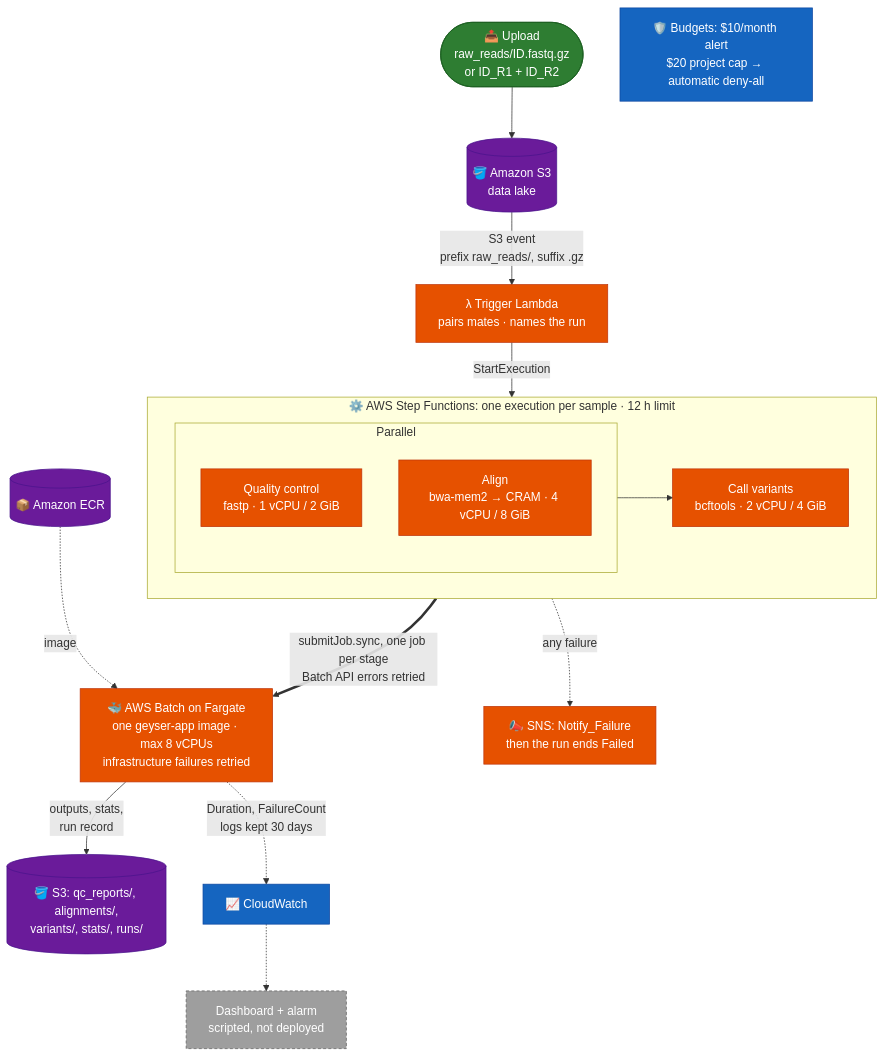
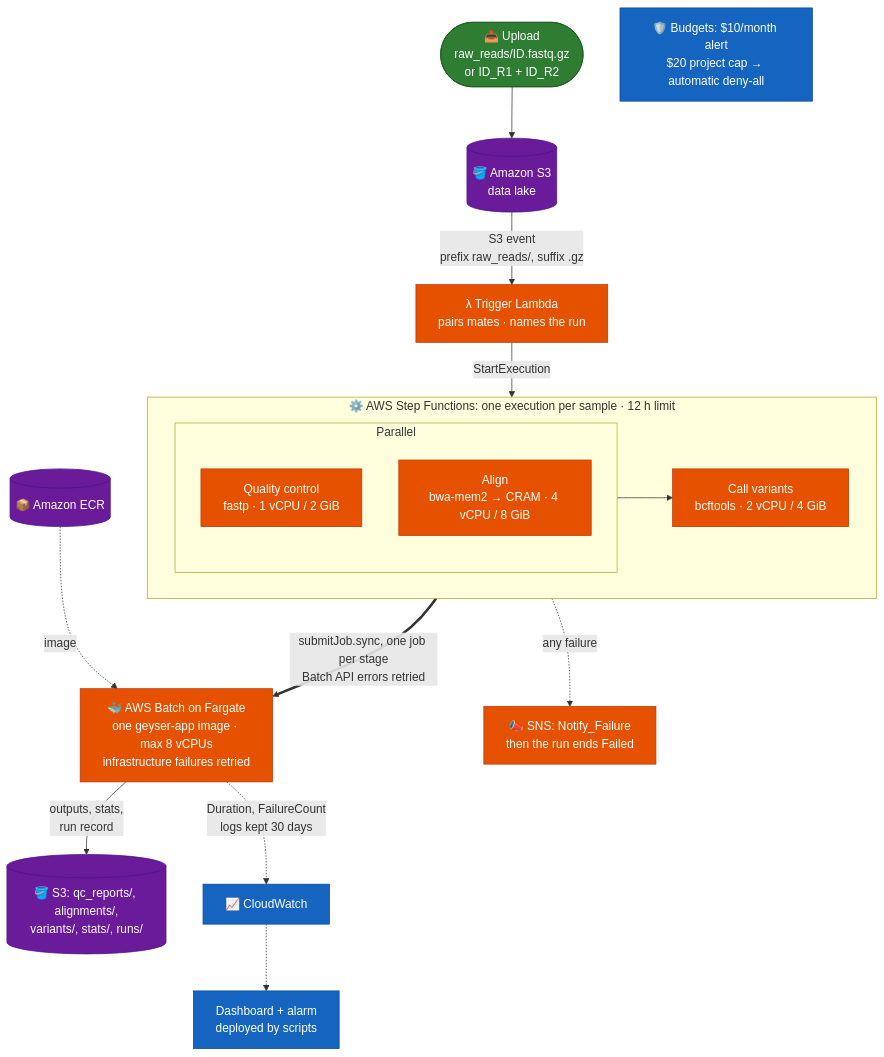
One commit to Harry5haw/Geyser-Genomics changed the second of 4 diagrams in README.md. Above: the diagram before and after it, drawn with Mermaid. The commit also changed other lines of this file and 1 other file, not shown here.

````diff
--- a/README.md
+++ b/README.md
@@ -236,35 +236,33 @@
 ```mermaid
 flowchart TB
     U(["📤 Upload<br/>raw_reads/ID.fastq.gz<br/>or ID_R1 + ID_R2"]) --> S3[("🪣 Amazon S3<br/>data lake")]
     S3 -->|"S3 event<br/>prefix raw_reads/, suffix .gz"| L["λ Trigger Lambda<br/>pairs mates · names the run"]
     L -->|"StartExecution"| SFN
 
     subgraph SFN ["⚙️ AWS Step Functions: one execution per sample · 12 h limit"]
         direction LR
         subgraph PAR ["Parallel"]
             direction TB
             SF1["Quality control<br/>fastp · 1 vCPU / 2 GiB"]
             SF2["Align<br/>bwa-mem2 → CRAM · 4 vCPU / 8 GiB"]
         end
         PAR --> SF3["Call variants<br/>bcftools · 2 vCPU / 4 GiB"]
     end
 
     SFN ==>|"submitJob.sync, one job per stage<br/>Batch API errors retried"| BATCH["🐳 AWS Batch on Fargate<br/>one geyser-app image · max 8 vCPUs<br/>infrastructure failures retried"]
     SFN -.->|"any failure"| SNS["📣 SNS: Notify_Failure<br/>then the run ends Failed"]
     ECR[("📦 Amazon ECR")] -.->|"image"| BATCH
     BATCH -->|"outputs, stats,<br/>run record"| OUT[("🪣 S3: qc_reports/, alignments/,<br/>variants/, stats/, runs/")]
     BATCH -.->|"Duration, FailureCount<br/>logs kept 30 days"| CW["📈 CloudWatch"]
-    CW -.-> DASH["Dashboard + alarm<br/>scripted, not deployed"]
+    CW -.-> DASH["Dashboard + alarm<br/>deployed by scripts"]
     BUD["🛡️ Budgets: $10/month alert<br/>$20 project cap → automatic deny-all"]
 
     classDef user fill:#2E7D32,stroke:#1B5E20,color:#fff
     classDef store fill:#6A1B9A,stroke:#4A148C,color:#fff
     classDef aws fill:#E65100,stroke:#BF360C,color:#fff
     classDef obs fill:#1565C0,stroke:#0D47A1,color:#fff
-    classDef pending fill:#9E9E9E,stroke:#616161,color:#fff,stroke-dasharray: 4 3
     class U user
     class S3,ECR,OUT store
     class L,SF1,SF2,SF3,BATCH,SNS aws
-    class CW,BUD obs
-    class DASH pending
+    class CW,BUD,DASH obs
 ```
````
